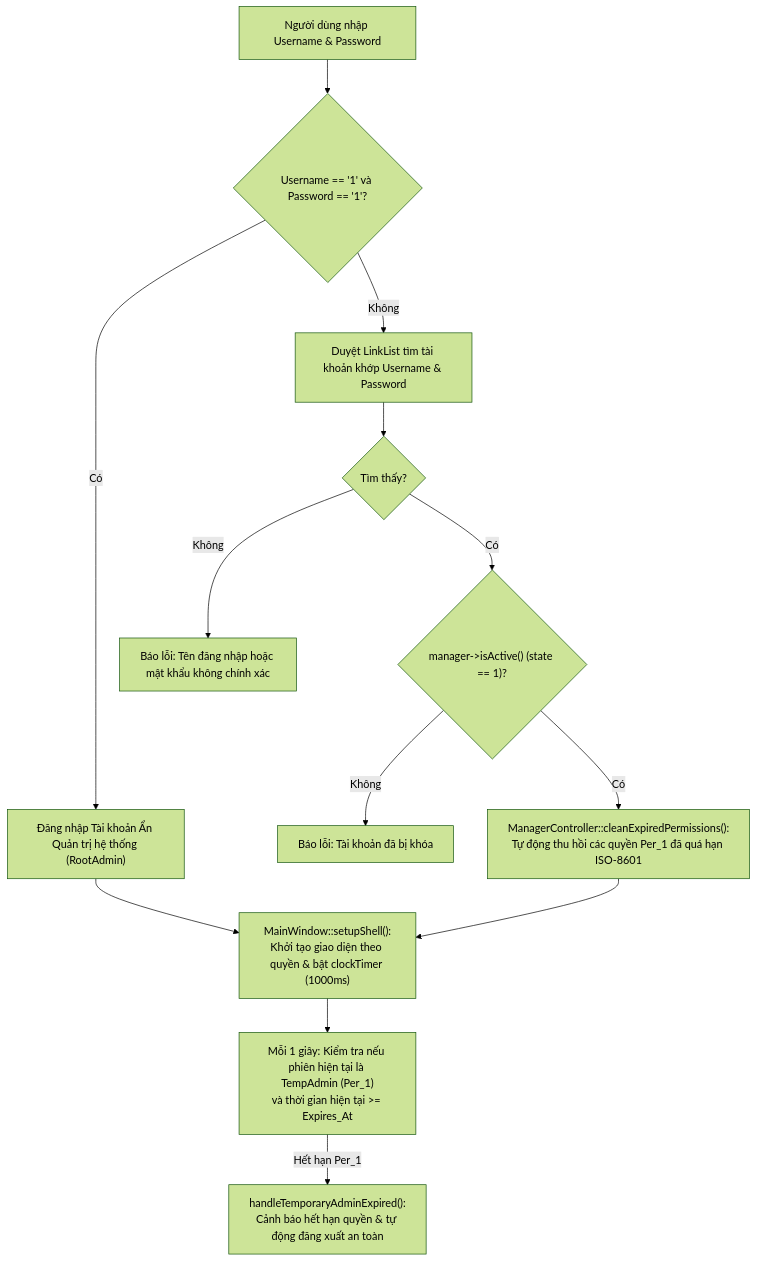
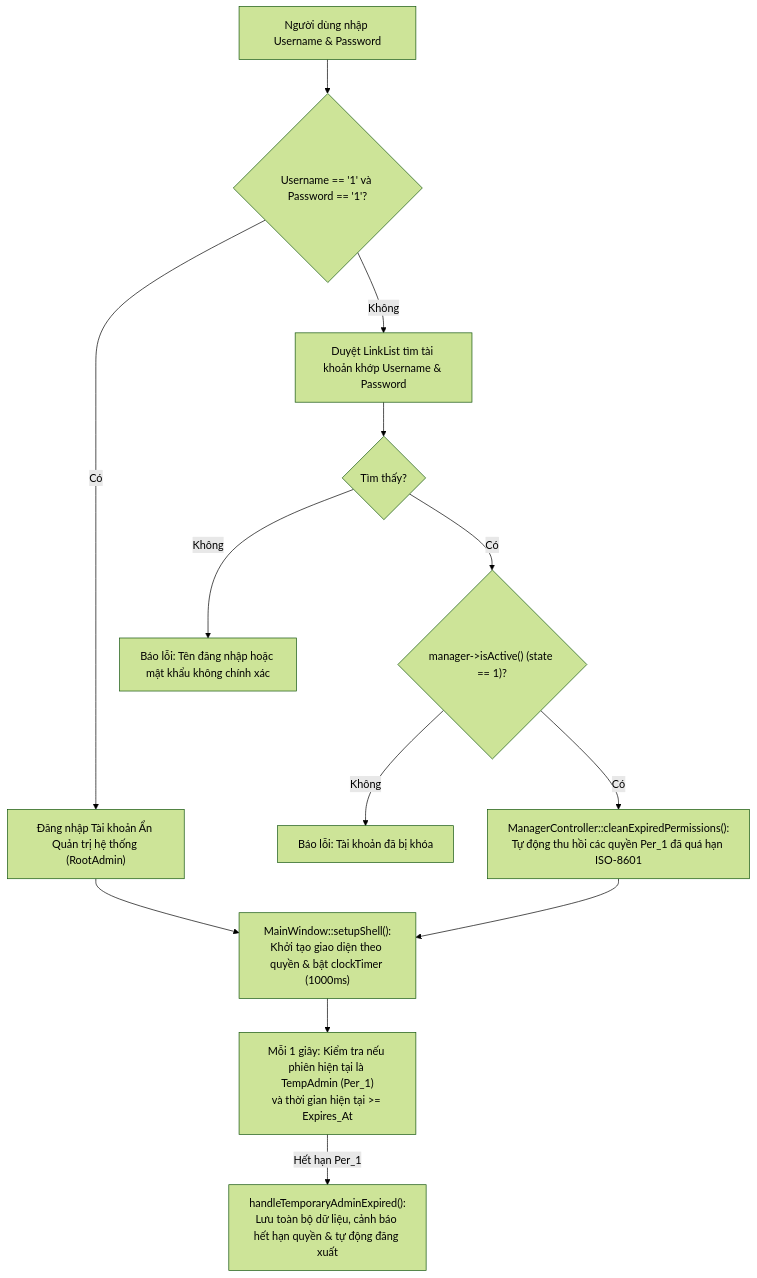
The sixth of 9 diagrams in algorithm.md (LeHuuHoang-26/PBL_2), drawn with Mermaid (forest theme) before and after one commit. The commit also changed other lines of this file and 11 other files, not shown here.

````diff
--- a/algorithm.md
+++ b/algorithm.md
@@ -548,24 +580,24 @@
 ```mermaid
 flowchart TD
     LoginReq["Người dùng nhập Username & Password"]
     CheckHidden{"Username == '1' và Password == '1'?"}
     GrantHidden["Đăng nhập Tài khoản Ẩn Quản trị hệ thống (RootAdmin)"]
     ScanMgr["Duyệt LinkList<Manager> tìm tài khoản khớp Username & Password"]
     FoundMgr{"Tìm thấy?"}
     ErrCred["Báo lỗi: Tên đăng nhập hoặc mật khẩu không chính xác"]
     CheckState{"manager->isActive() (state == 1)?"}
     ErrLock["Báo lỗi: Tài khoản đã bị khóa"]
     CleanPerm["ManagerController::cleanExpiredPermissions():<br/>Tự động thu hồi các quyền Per_1 đã quá hạn ISO-8601"]
     SetupShell["MainWindow::setupShell():<br/>Khởi tạo giao diện theo quyền & bật clockTimer (1000ms)"]
     TickCheck["Mỗi 1 giây: Kiểm tra nếu phiên hiện tại là TempAdmin (Per_1)<br/>và thời gian hiện tại >= Expires_At"]
-    ForceLogout["handleTemporaryAdminExpired():<br/>Cảnh báo hết hạn quyền & tự động đăng xuất an toàn"]
+    ForceLogout["handleTemporaryAdminExpired():<br/>Lưu toàn bộ dữ liệu, cảnh báo hết hạn quyền & tự động đăng xuất"]
 
     LoginReq --> CheckHidden
     CheckHidden -- Có --> GrantHidden --> SetupShell
     CheckHidden -- Không --> ScanMgr --> FoundMgr
     FoundMgr -- Không --> ErrCred
     FoundMgr -- Có --> CheckState
     CheckState -- Không --> ErrLock
     CheckState -- Có --> CleanPerm --> SetupShell --> TickCheck
     TickCheck -- "Hết hạn Per_1" --> ForceLogout
 ```
````
